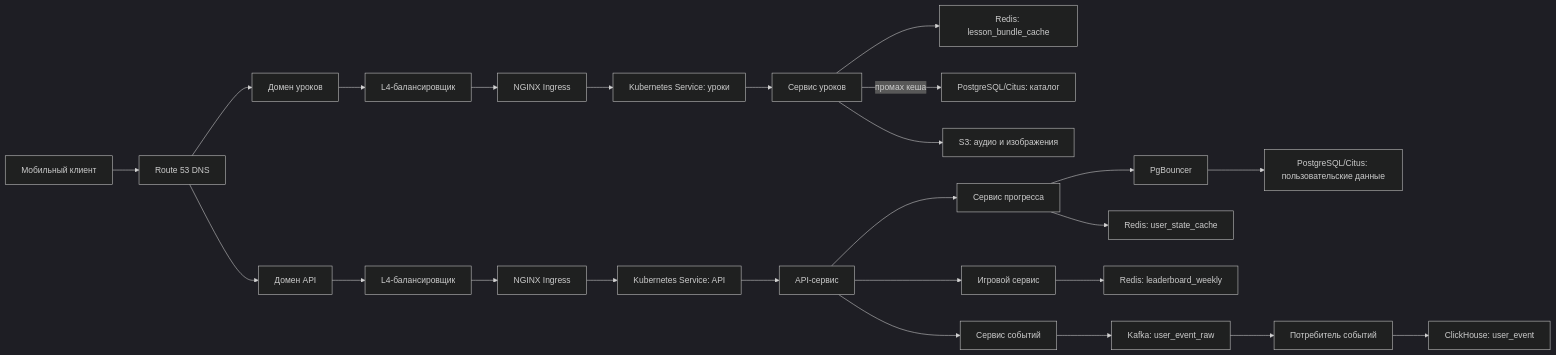
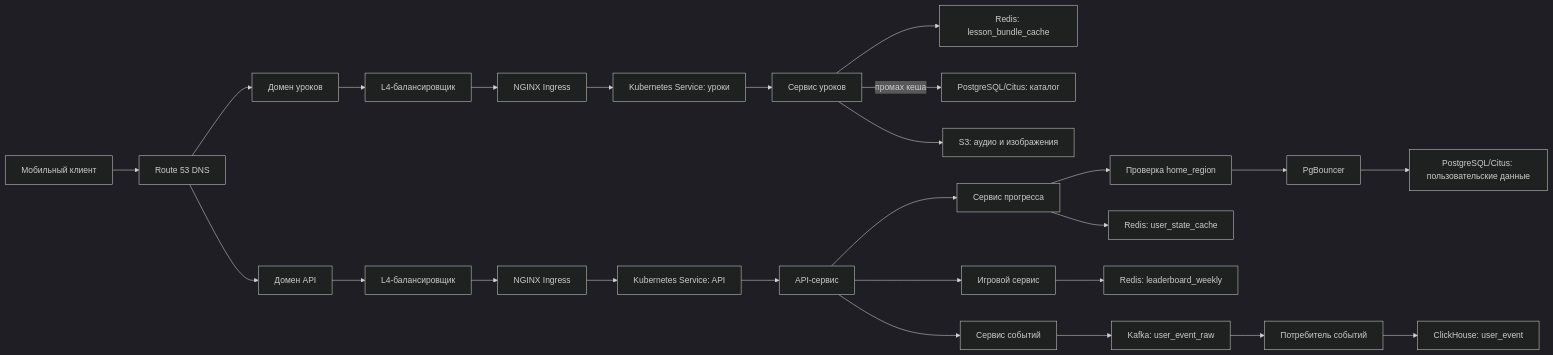
Before and after one commit to azlymoon/HighloadCourseHSE: the seventh of 7 diagrams in README.md, drawn with Mermaid (dark theme). The commit also changed other lines of this file, not shown here.

````diff
--- a/README.md
+++ b/README.md
@@ -912,36 +944,37 @@
 ```mermaid
 flowchart LR
     U["Мобильный клиент"] --> DNS["Route 53 DNS"]
 
     DNS --> DL["Домен уроков"]
     DNS --> DA["Домен API"]
 
     DL --> L4L["L4-балансировщик"]
     DA --> L4A["L4-балансировщик"]
 
     L4L --> IL["NGINX Ingress"]
     L4A --> IA["NGINX Ingress"]
 
     IL --> SL["Kubernetes Service: уроки"]
     IA --> SA["Kubernetes Service: API"]
 
     SL --> LES["Сервис уроков"]
     SA --> API["API-сервис"]
 
     LES --> RC["Redis: lesson_bundle_cache"]
     LES -->|промах кеша| CAT["PostgreSQL/Citus: каталог"]
     LES --> S3["S3: аудио и изображения"]
 
     API --> PR["Сервис прогресса"]
     API --> GAME["Игровой сервис"]
     API --> EV["Сервис событий"]
 
-    PR --> PGB["PgBouncer"]
+    PR --> HR["Проверка home_region"]
+    HR --> PGB["PgBouncer"]
     PGB --> UC["PostgreSQL/Citus: пользовательские данные"]
     PR --> US["Redis: user_state_cache"]
 
     GAME --> LB["Redis: leaderboard_weekly"]
     EV --> KF["Kafka: user_event_raw"]
     KF --> CON["Потребитель событий"]
     CON --> CH["ClickHouse: user_event"]
 ```
````
